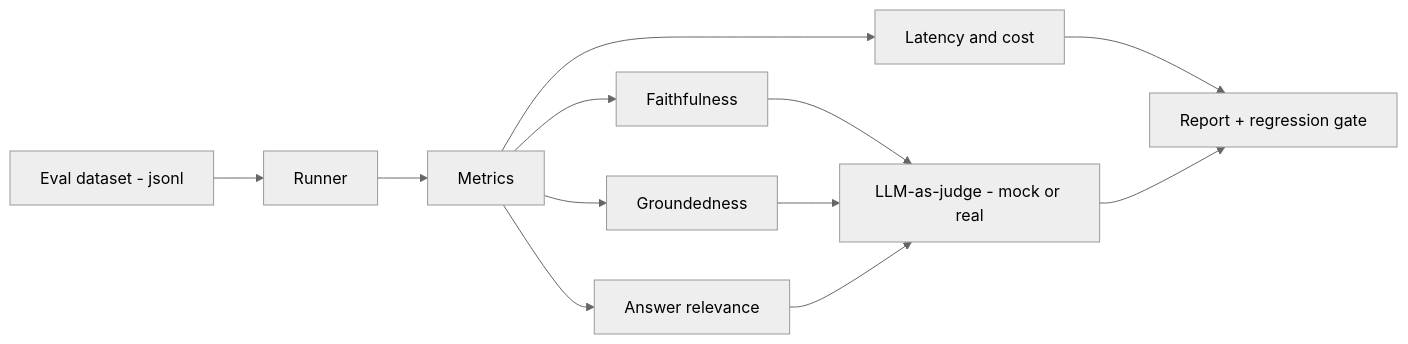
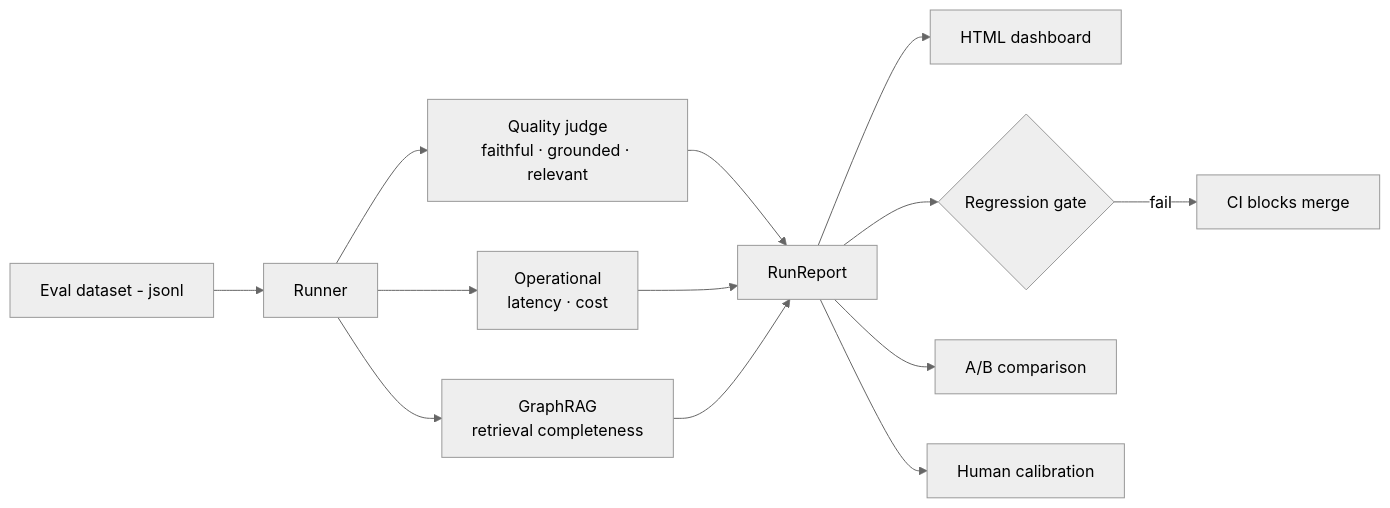
Before and after one commit to vikas2987/enterprise-ai-eval-platform: the diagram in README.md, drawn with Mermaid (neutral theme). The commit also changed other lines of this file and 20 other files, not shown here.

First line of the commit message:
GraphRAG metric, HTML dashboard, A/B comparison, and human calibration (#2)

````diff
--- a/README.md
+++ b/README.md
@@ -82,11 +163,13 @@
 ```mermaid
 flowchart LR
     A[Eval dataset - jsonl] --> B[Runner]
-    B --> C[Metrics]
-    C --> C1[Faithfulness]
-    C --> C2[Groundedness]
-    C --> C3[Answer relevance]
-    C --> C4[Latency and cost]
-    C1 & C2 & C3 --> J[LLM-as-judge - mock or real]
-    C4 & J --> R[Report + regression gate]
+    B --> Q[Quality judge<br/>faithful · grounded · relevant]
+    B --> O[Operational<br/>latency · cost]
+    B --> G[GraphRAG<br/>retrieval completeness]
+    Q & O & G --> R[RunReport]
+    R --> D[HTML dashboard]
+    R --> GATE{Regression gate}
+    R --> C[A/B comparison]
+    R --> H[Human calibration]
+    GATE -->|fail| X[CI blocks merge]
 ```
````
